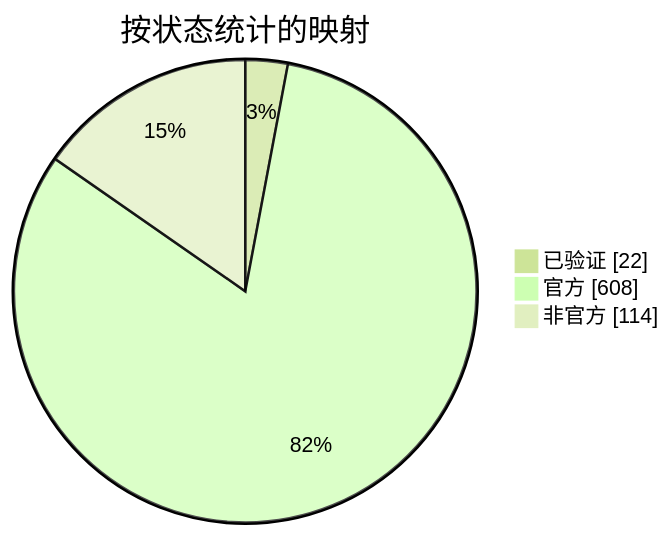
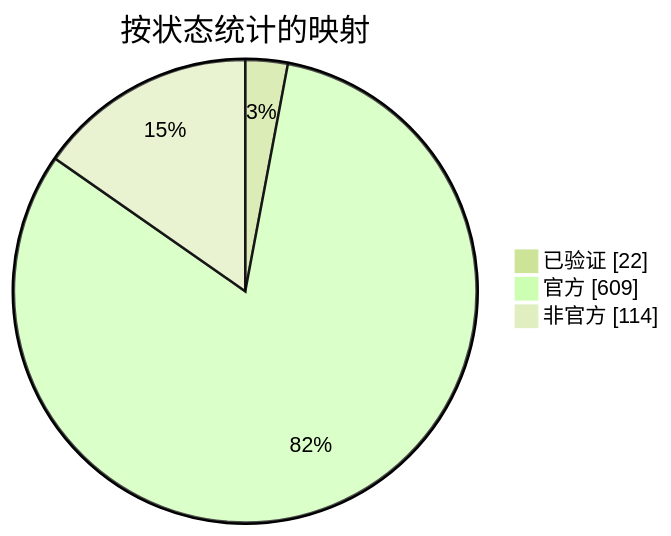
One commit to nobrega8/mbmap-library changed the diagram in docs/readme/README_ZHS.md. Above: the diagram before and after it, drawn with Mermaid (forest theme). The commit also changed 6 other files, not shown here.

````diff
--- a/docs/readme/README_ZHS.md
+++ b/docs/readme/README_ZHS.md
@@ -54,7 +54,7 @@
 ```mermaid
 pie showData
     title 按状态统计的映射
     "已验证" : 22
-    "官方" : 608
+    "官方" : 609
     "非官方" : 114
 ```
````
